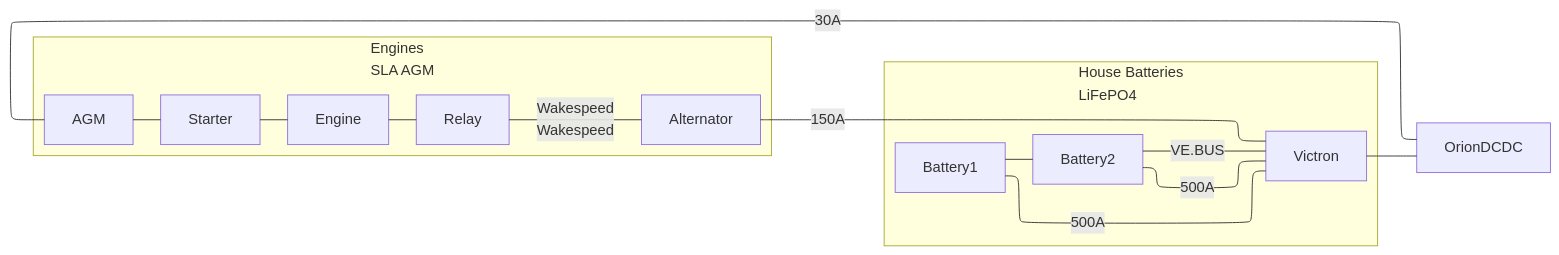
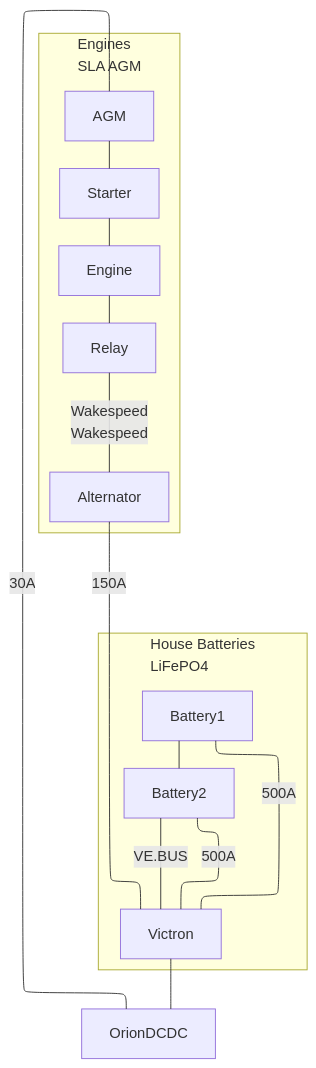
Before and after one commit to dcoon/svharmony: the diagram in owners_manual/Batteries.md, drawn with Mermaid.

````diff
--- a/owners_manual/Batteries.md
+++ b/owners_manual/Batteries.md
@@ -3,21 +3,21 @@
 ```mermaid
-  flowchart-elk LR
+flowchart-elk
   
-  Victron --- OrionDCDC
-  OrionDCDC ---|30A| AGM
+Victron --- OrionDCDC
+OrionDCDC ---|30A| AGM
   
-  subgraph house["House Batteries
-  LiFePO4"]
-	Battery1 ---|500A| Victron
-	  Battery2 ---|500A| Victron
-	  Battery1 --- Battery2
-  end
-  Battery2 ---|VE.BUS| Victron
-  
-  subgraph engine["Engines
-  SLA AGM"]
-	AGM --- Starter --- Engine
-	  Engine --- Relay -- Wakespeed
-	  Wakespeed --- Alternator ---|150A| Victron
-  end
-  ```
+subgraph house["House Batteries
+LiFePO4"]
+Battery1 ---|500A| Victron
+  Battery2 ---|500A| Victron
+  Battery1 --- Battery2
+end
+Battery2 ---|VE.BUS| Victron
+
+subgraph engine["Engines
+SLA AGM"]
+AGM --- Starter --- Engine
+  Engine --- Relay -- Wakespeed
+  Wakespeed --- Alternator ---|150A| Victron
+end
+```
````
